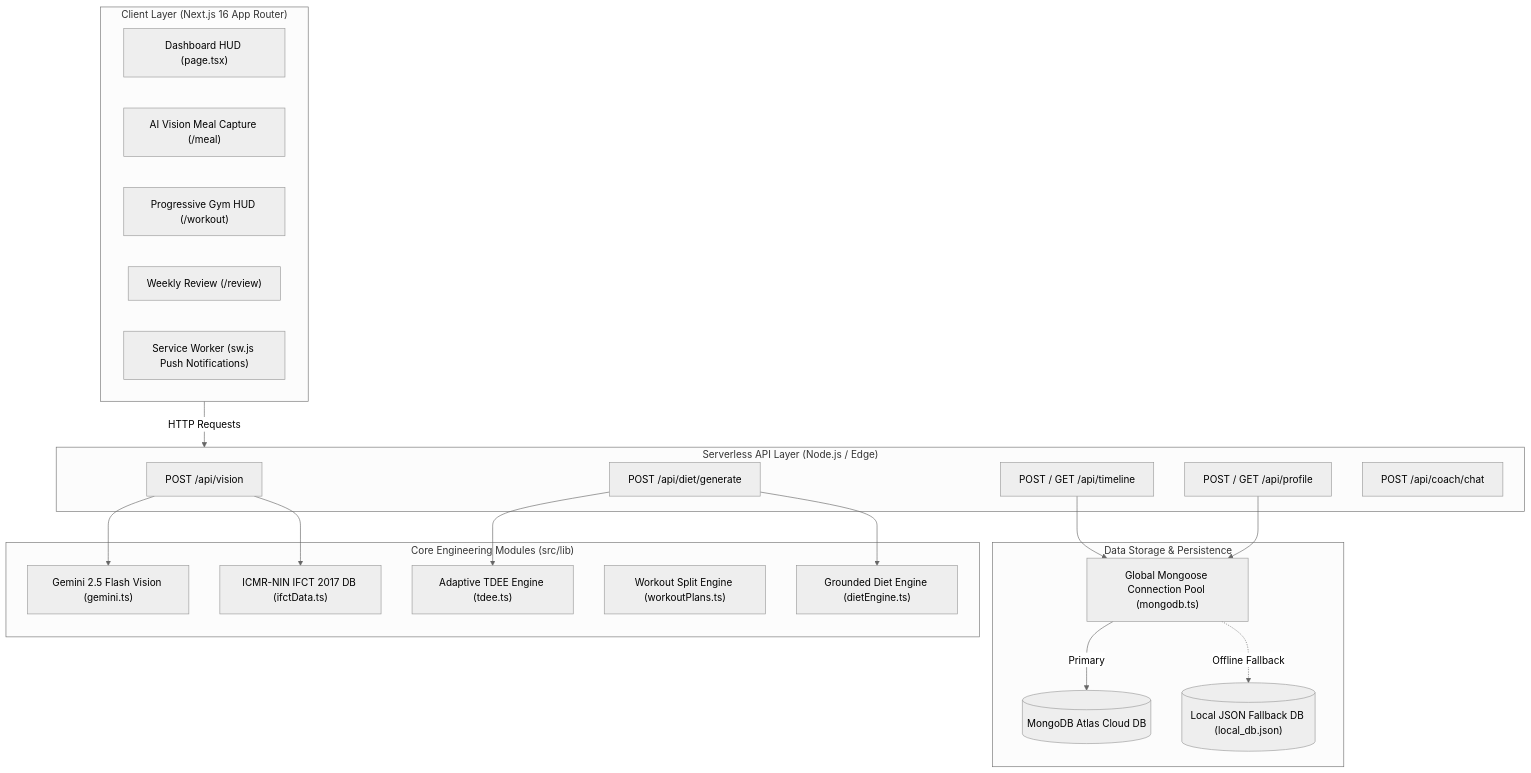
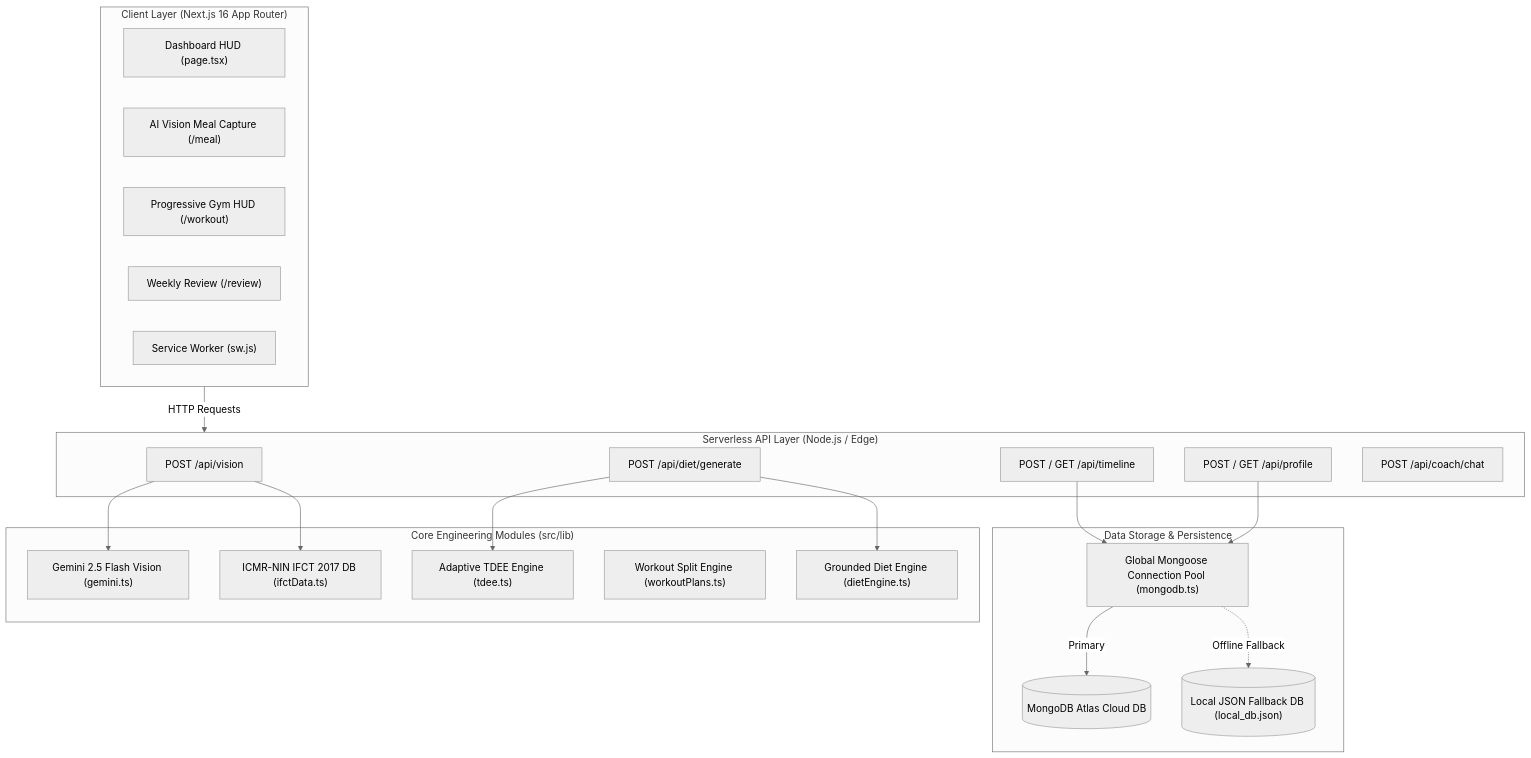
One commit to AdityaThakur193/HealthOs changed the first of 5 diagrams in ARCHITECTURE.md. Above: the diagram before and after it, drawn with Mermaid (neutral theme). The commit also changed other lines of this file and 66 other files, not shown here.

````diff
--- a/ARCHITECTURE.md
+++ b/ARCHITECTURE.md
@@ -10,42 +10,42 @@
 ```mermaid
 graph TD
     subgraph Client ["Client Layer (Next.js 16 App Router)"]
         HUD["Dashboard HUD (page.tsx)"]
         MealUI["AI Vision Meal Capture (/meal)"]
         WorkoutUI["Progressive Gym HUD (/workout)"]
         ReviewUI["Weekly Review (/review)"]
-        SW["Service Worker (sw.js Push Notifications)"]
+        SW["Service Worker (sw.js)"]
     end
 
     subgraph API ["Serverless API Layer (Node.js / Edge)"]
         VisionRoute["POST /api/vision"]
         DietRoute["POST /api/diet/generate"]
         TimelineRoute["POST / GET /api/timeline"]
         ProfileRoute["POST / GET /api/profile"]
         CoachRoute["POST /api/coach/chat"]
     end
 
     subgraph Core ["Core Engineering Modules (src/lib)"]
         TDEEEngine["Adaptive TDEE Engine (tdee.ts)"]
         IFCTEngine["ICMR-NIN IFCT 2017 DB (ifctData.ts)"]
         DietEngine["Grounded Diet Engine (dietEngine.ts)"]
         GymEngine["Workout Split Engine (workoutPlans.ts)"]
         GeminiClient["Gemini 2.5 Flash Vision (gemini.ts)"]
     end
 
     subgraph Data ["Data Storage & Persistence"]
         MongoCache["Global Mongoose Connection Pool (mongodb.ts)"]
         MongoAtlas[("MongoDB Atlas Cloud DB")]
         LocalFallback[("Local JSON Fallback DB (local_db.json)")]
     end
 
     Client -->|HTTP Requests| API
     VisionRoute --> GeminiClient
     VisionRoute --> IFCTEngine
     DietRoute --> TDEEEngine
     DietRoute --> DietEngine
     TimelineRoute --> MongoCache
     ProfileRoute --> MongoCache
     MongoCache -->|Primary| MongoAtlas
     MongoCache -.->|Offline Fallback| LocalFallback
 ```
````
